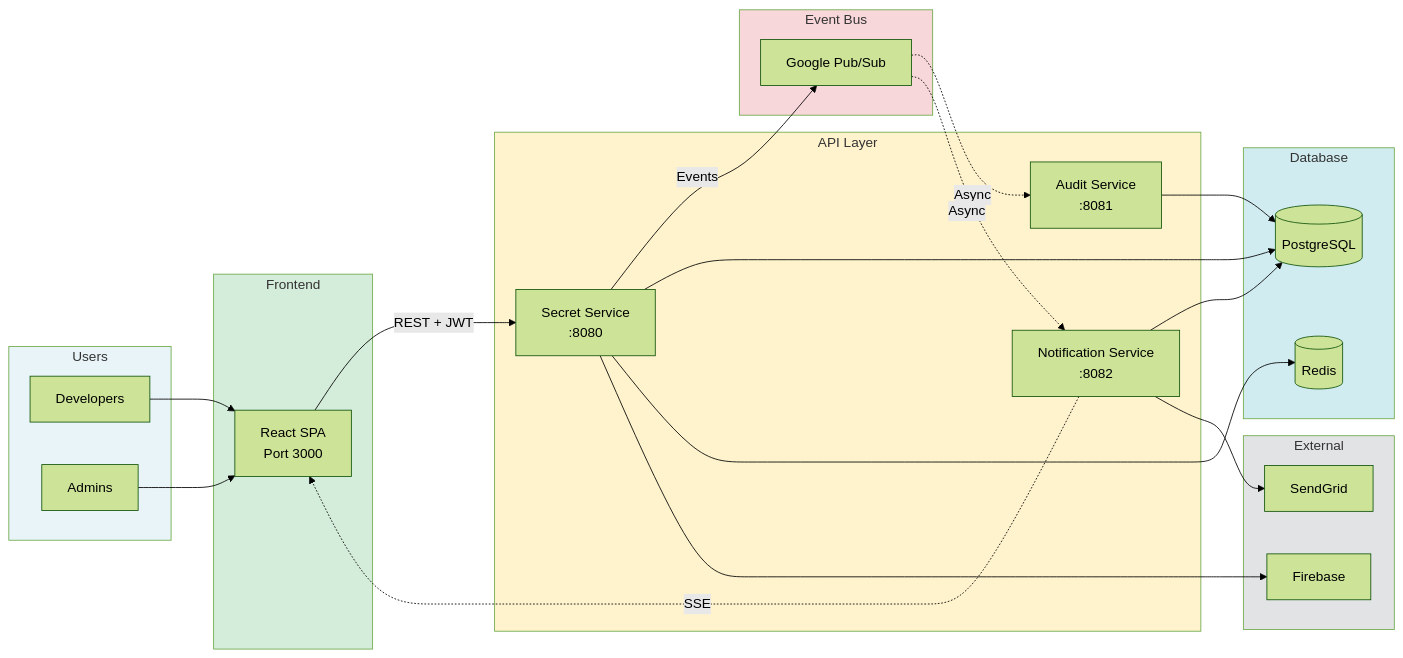
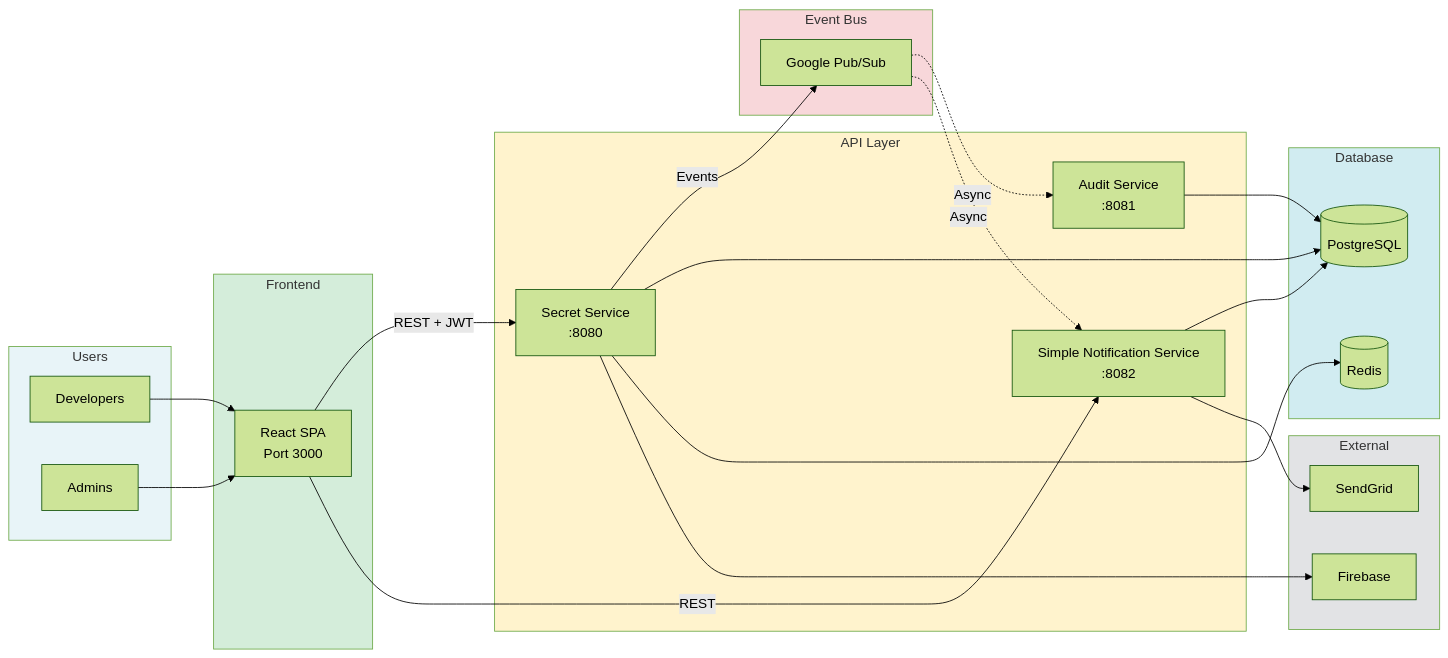
One commit to aminlahbib/Cloud-Secrets-Manager changed the first of 2 diagrams in README.md. Above: the diagram before and after it, drawn with Mermaid (forest theme). The commit also changed 35 other files, not shown here.

````diff
--- a/README.md
+++ b/README.md
@@ -116,52 +116,52 @@
 ```mermaid
 graph LR
     subgraph User["Users"]
         Dev[Developers]
         Admin[Admins]
     end
     
     subgraph UI["Frontend"]
         React[React SPA<br/>Port 3000]
     end
     
     subgraph API["API Layer"]
         SecretAPI[Secret Service<br/>:8080]
         AuditAPI[Audit Service<br/>:8081]
-        NotifAPI[Notification Service<br/>:8082]
+        NotifAPI[Simple Notification Service<br/>:8082]
     end
     
     subgraph Bus["Event Bus"]
         PubSub[Google Pub/Sub]
     end
     
     subgraph DB["Database"]
         PG[(PostgreSQL)]
         Redis[(Redis)]
     end
     
     subgraph Ext["External"]
         Email[SendGrid]
         Auth[Firebase]
     end
     
     Dev --> React
     Admin --> React
     React -->|REST + JWT| SecretAPI
     SecretAPI -->|Events| PubSub
     PubSub -.->|Async| AuditAPI
     PubSub -.->|Async| NotifAPI
     SecretAPI --> PG
     SecretAPI --> Redis
     SecretAPI --> Auth
     AuditAPI --> PG
     NotifAPI --> PG
     NotifAPI --> Email
-    NotifAPI -.->|SSE| React
+    React -->|REST| NotifAPI
     
     style User fill:#E8F4F8
     style UI fill:#D4EDDA
     style API fill:#FFF3CD
     style Bus fill:#F8D7DA
     style DB fill:#D1ECF1
     style Ext fill:#E2E3E5
 ```
````
